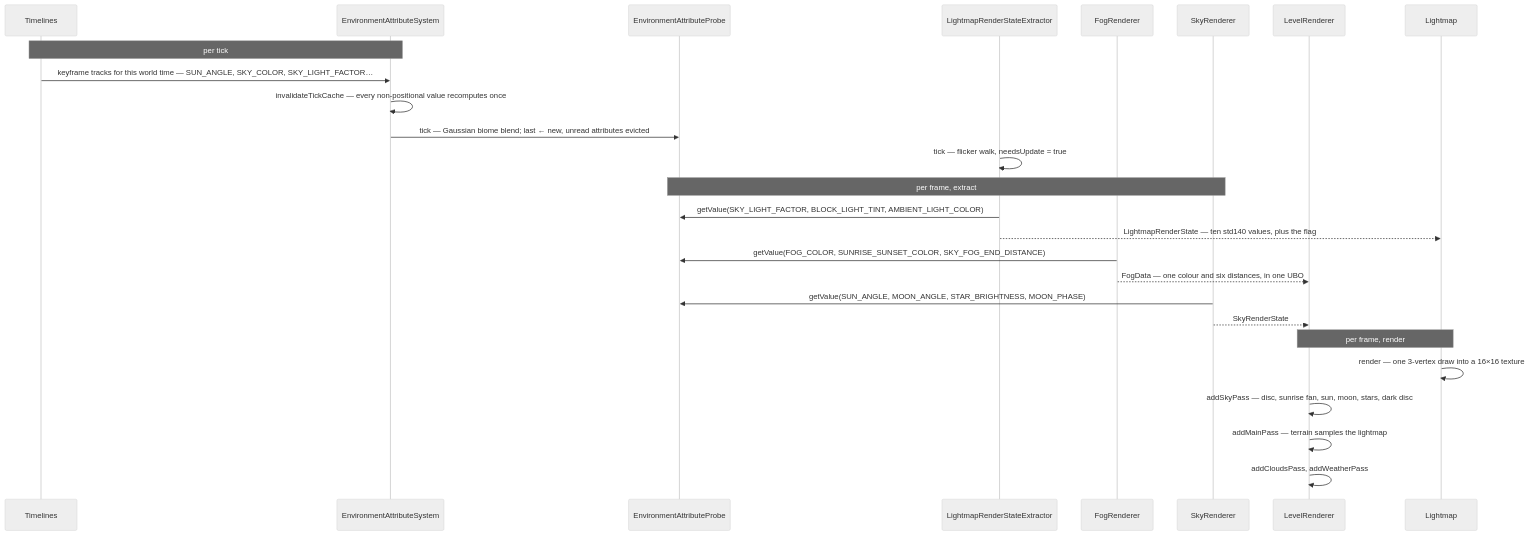
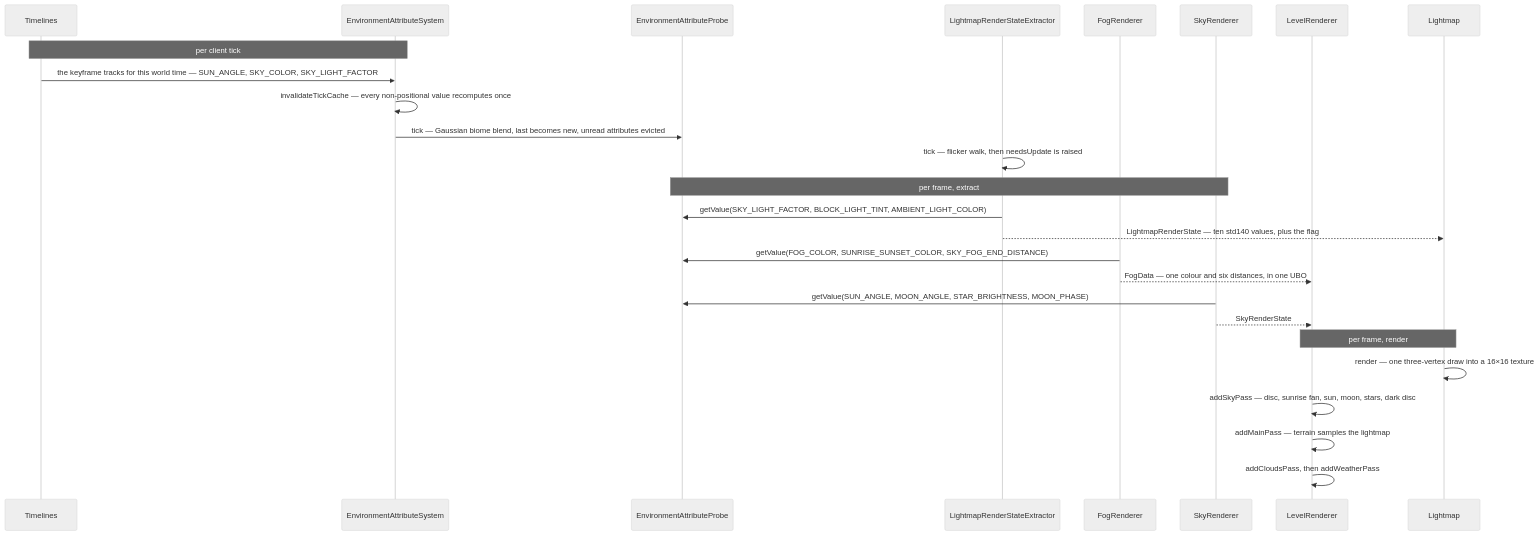
The diagram in src/systems/rendering/lightmap-fog-and-sky.md (AlexanderjFraser/MinecraftDocs), drawn with Mermaid (neutral theme) before and after one commit. The commit also changed other lines of this file and 29 other files, not shown here.

````diff
--- a/src/systems/rendering/lightmap-fog-and-sky.md
+++ b/src/systems/rendering/lightmap-fog-and-sky.md
@@ -261,31 +90,31 @@
 ```mermaid
 sequenceDiagram
-    participant TL as Timelines
+    participant Time as Timelines
     participant EAS as EnvironmentAttributeSystem
-    participant P as EnvironmentAttributeProbe
-    participant LX as LightmapRenderStateExtractor
+    participant EAP as EnvironmentAttributeProbe
+    participant LRSE as LightmapRenderStateExtractor
     participant FR as FogRenderer
     participant SR as SkyRenderer
     participant LR as LevelRenderer
     participant LM as Lightmap
 
-    Note over TL,EAS: per tick
-    TL->>EAS: keyframe tracks for this world time — SUN_ANGLE, SKY_COLOR, SKY_LIGHT_FACTOR…
+    Note over Time,EAS: per client tick
+    Time->>EAS: the keyframe tracks for this world time — SUN_ANGLE, SKY_COLOR, SKY_LIGHT_FACTOR
     EAS->>EAS: invalidateTickCache — every non-positional value recomputes once
-    EAS->>P: tick — Gaussian biome blend#59; last ← new, unread attributes evicted
-    LX->>LX: tick — flicker walk, needsUpdate = true
+    EAS->>EAP: tick — Gaussian biome blend, last becomes new, unread attributes evicted
+    LRSE->>LRSE: tick — flicker walk, then needsUpdate is raised
 
-    Note over P,SR: per frame, extract
-    LX->>P: getValue(SKY_LIGHT_FACTOR, BLOCK_LIGHT_TINT, AMBIENT_LIGHT_COLOR)
-    LX-->>LM: LightmapRenderState — ten std140 values, plus the flag
-    FR->>P: getValue(FOG_COLOR, SUNRISE_SUNSET_COLOR, SKY_FOG_END_DISTANCE)
+    Note over EAP,SR: per frame, extract
+    LRSE->>EAP: getValue(SKY_LIGHT_FACTOR, BLOCK_LIGHT_TINT, AMBIENT_LIGHT_COLOR)
+    LRSE-->>LM: LightmapRenderState — ten std140 values, plus the flag
+    FR->>EAP: getValue(FOG_COLOR, SUNRISE_SUNSET_COLOR, SKY_FOG_END_DISTANCE)
     FR-->>LR: FogData — one colour and six distances, in one UBO
-    SR->>P: getValue(SUN_ANGLE, MOON_ANGLE, STAR_BRIGHTNESS, MOON_PHASE)
+    SR->>EAP: getValue(SUN_ANGLE, MOON_ANGLE, STAR_BRIGHTNESS, MOON_PHASE)
     SR-->>LR: SkyRenderState
 
     Note over LM,LR: per frame, render
-    LM->>LM: render — one 3-vertex draw into a 16×16 texture
+    LM->>LM: render — one three-vertex draw into a 16×16 texture
     LR->>LR: addSkyPass — disc, sunrise fan, sun, moon, stars, dark disc
     LR->>LR: addMainPass — terrain samples the lightmap
-    LR->>LR: addCloudsPass, addWeatherPass
+    LR->>LR: addCloudsPass, then addWeatherPass
 ```
````
